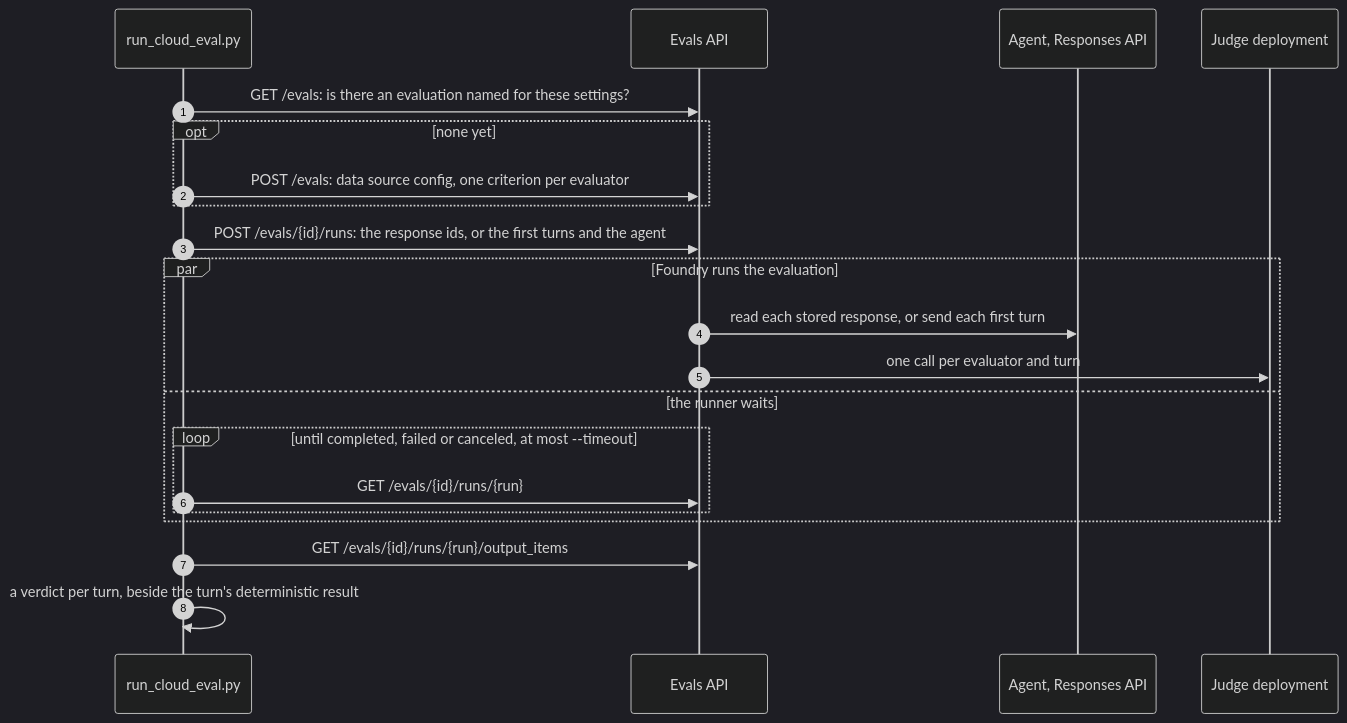
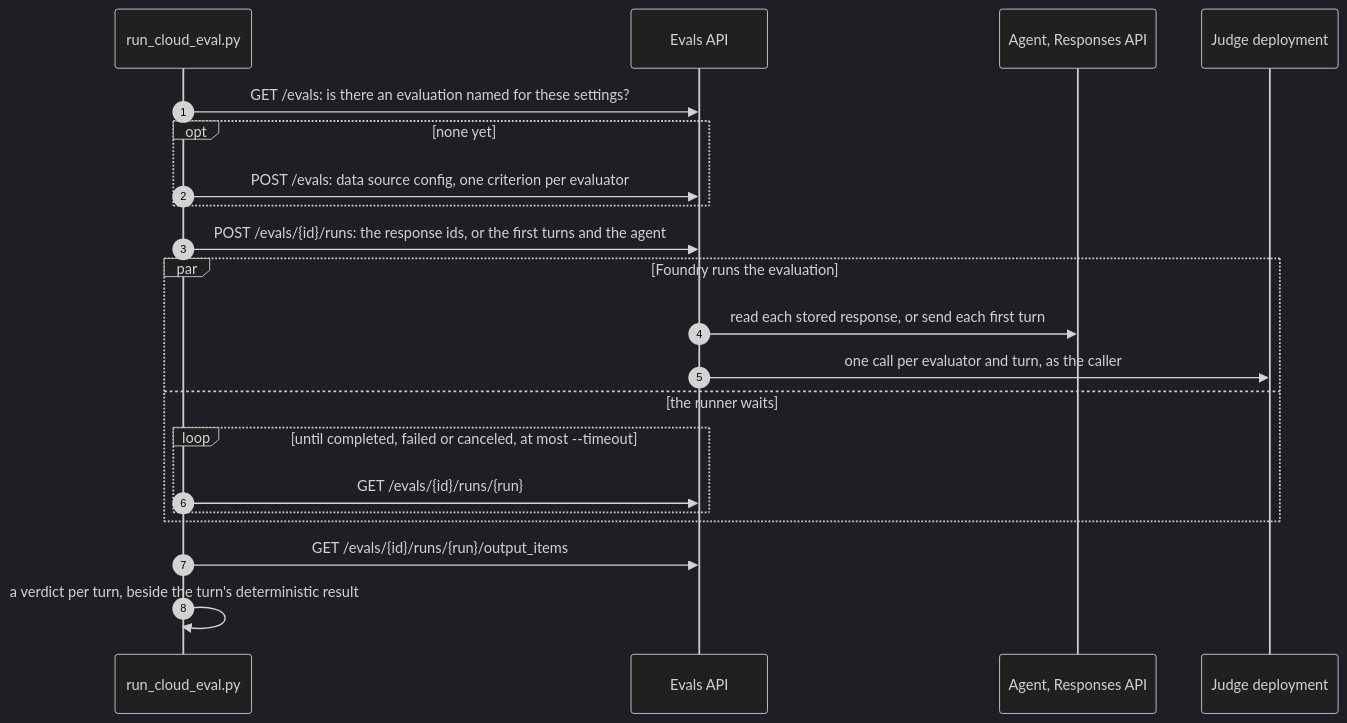
One commit to bradrlaw/foundryToolboxEval changed diagram 14 of 18 in docs/architecture.md. Above: the diagram before and after it, drawn with Mermaid (dark theme). The commit also changed other lines of this file and 3 other files, not shown here.

````diff
--- a/docs/architecture.md
+++ b/docs/architecture.md
@@ -800,23 +800,23 @@
 ```mermaid
 sequenceDiagram
     autonumber
     participant R as run_cloud_eval.py
     participant E as Evals API
     participant A as Agent, Responses API
     participant J as Judge deployment
     R->>E: GET /evals: is there an evaluation named for these settings?
     opt none yet
         R->>E: POST /evals: data source config, one criterion per evaluator
     end
     R->>E: POST /evals/{id}/runs: the response ids, or the first turns and the agent
     par Foundry runs the evaluation
         E->>A: read each stored response, or send each first turn
-        E->>J: one call per evaluator and turn
+        E->>J: one call per evaluator and turn, as the caller
     and the runner waits
         loop until completed, failed or canceled, at most --timeout
             R->>E: GET /evals/{id}/runs/{run}
         end
     end
     R->>E: GET /evals/{id}/runs/{run}/output_items
     R->>R: a verdict per turn, beside the turn's deterministic result
 ```
````
